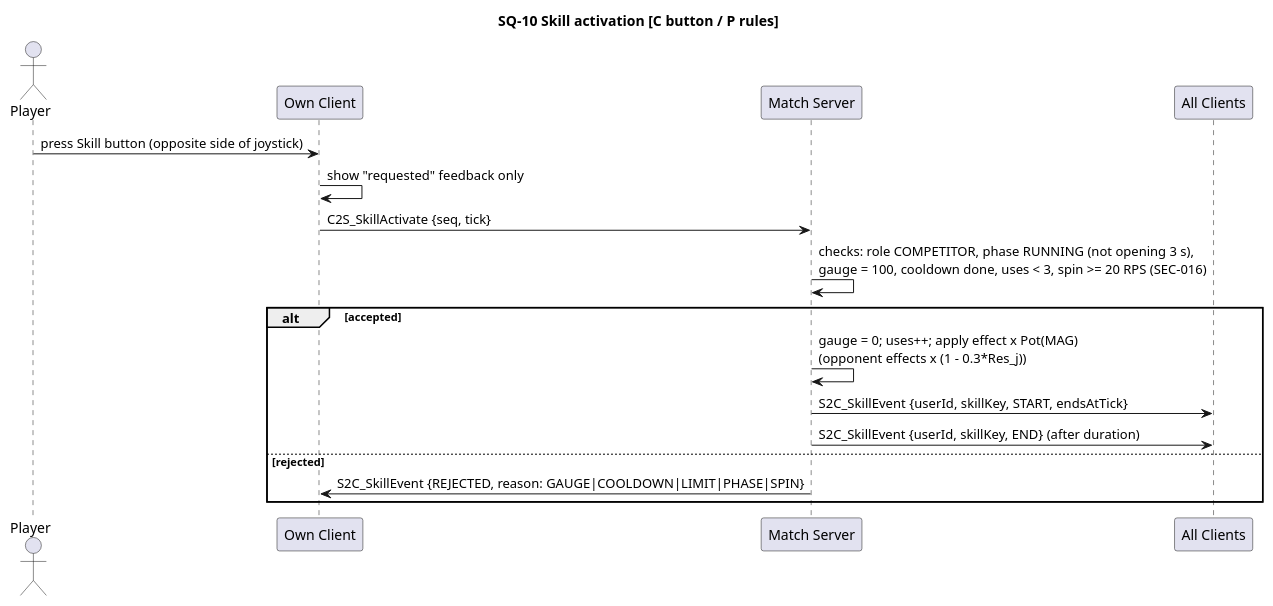
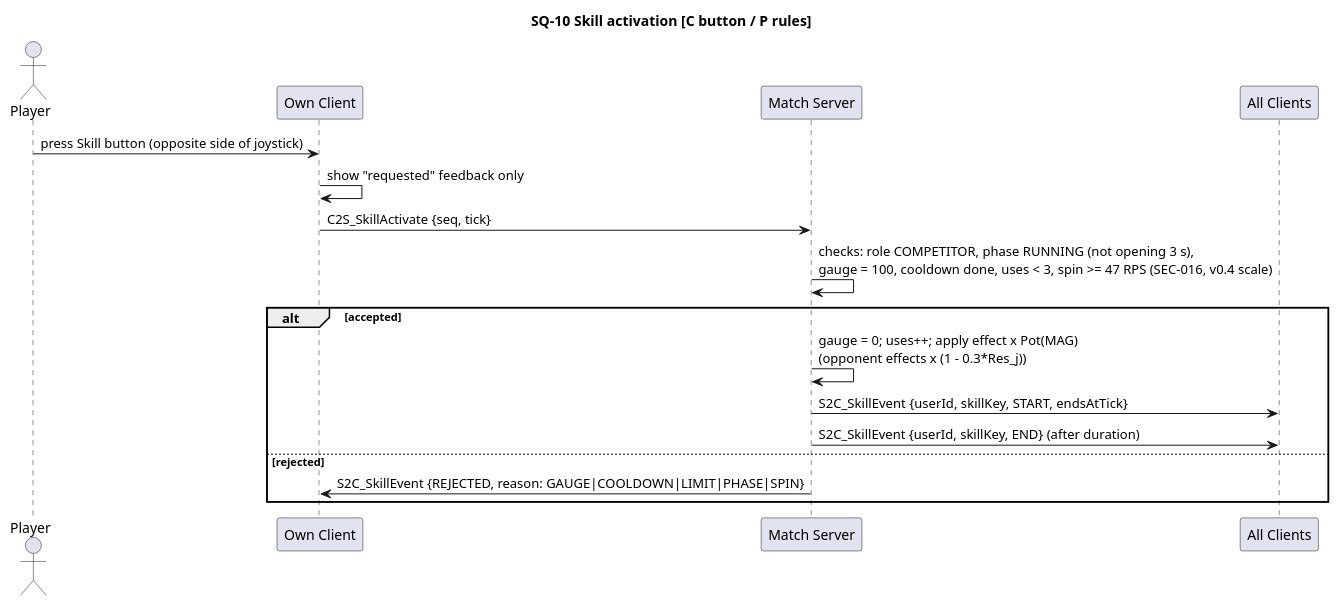
One commit to houcine212-hub/Bayblade_Sesytem changed the diagram in docs/02-uml/sequence/SQ-10-skill-activation.puml. Above: the diagram before and after it, drawn with PlantUML. The commit also changed 57 other files, not shown here.

```diff
--- a/docs/02-uml/sequence/SQ-10-skill-activation.puml
+++ b/docs/02-uml/sequence/SQ-10-skill-activation.puml
@@ -1,18 +1,18 @@
 @startuml SQ-10
 title SQ-10 Skill activation [C button / P rules]
 actor Player
 participant "Own Client" as C
 participant "Match Server" as MS
 participant "All Clients" as A
 Player -> C : press Skill button (opposite side of joystick)
 C -> C : show "requested" feedback only
 C -> MS : C2S_SkillActivate {seq, tick}
-MS -> MS : checks: role COMPETITOR, phase RUNNING (not opening 3 s),\ngauge = 100, cooldown done, uses < 3, spin >= 20 RPS (SEC-016)
+MS -> MS : checks: role COMPETITOR, phase RUNNING (not opening 3 s),\ngauge = 100, cooldown done, uses < 3, spin >= 47 RPS (SEC-016, v0.4 scale)
 alt accepted
   MS -> MS : gauge = 0; uses++; apply effect x Pot(MAG)\n(opponent effects x (1 - 0.3*Res_j))
   MS -> A : S2C_SkillEvent {userId, skillKey, START, endsAtTick}
   MS -> A : S2C_SkillEvent {userId, skillKey, END} (after duration)
 else rejected
   MS -> C : S2C_SkillEvent {REJECTED, reason: GAUGE|COOLDOWN|LIMIT|PHASE|SPIN}
 end
 @enduml
```
